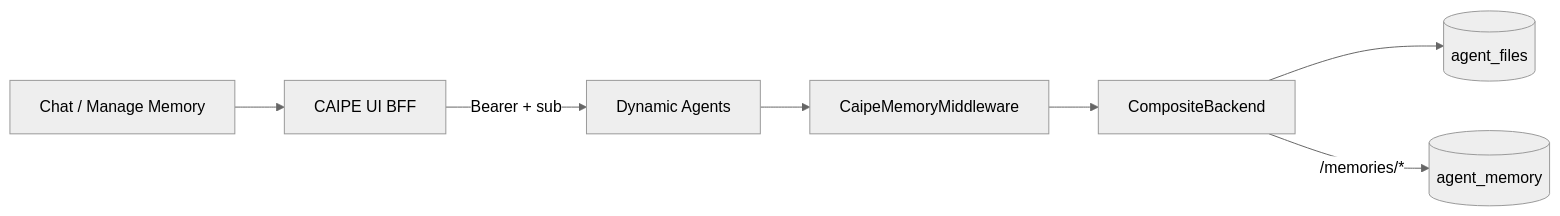
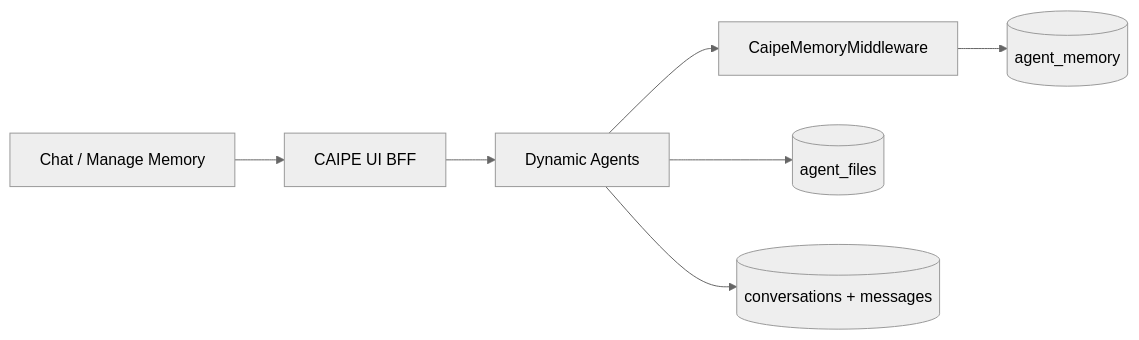
Before and after one commit to cnoe-io/ai-platform-engineering: the first of 2 diagrams in docs/docs/architecture/user-memory-design.md, drawn with Mermaid (neutral theme). The commit also changed other lines of this file and 80 other files, not shown here.

````diff
--- a/docs/docs/architecture/user-memory-design.md
+++ b/docs/docs/architecture/user-memory-design.md
@@ -15,9 +25,9 @@
 ```mermaid
 flowchart LR
   UI[Chat / Manage Memory] --> BFF[CAIPE UI BFF]
-  BFF -->|Bearer + sub| DA[Dynamic Agents]
+  BFF --> DA[Dynamic Agents]
   DA --> MW[CaipeMemoryMiddleware]
-  MW --> CB[CompositeBackend]
-  CB --> AF[(agent_files)]
-  CB -->|/memories/*| MF[(agent_memory)]
+  MW --> MF[(agent_memory)]
+  DA --> AF[(agent_files)]
+  DA --> CH[(conversations + messages)]
 ```
````
